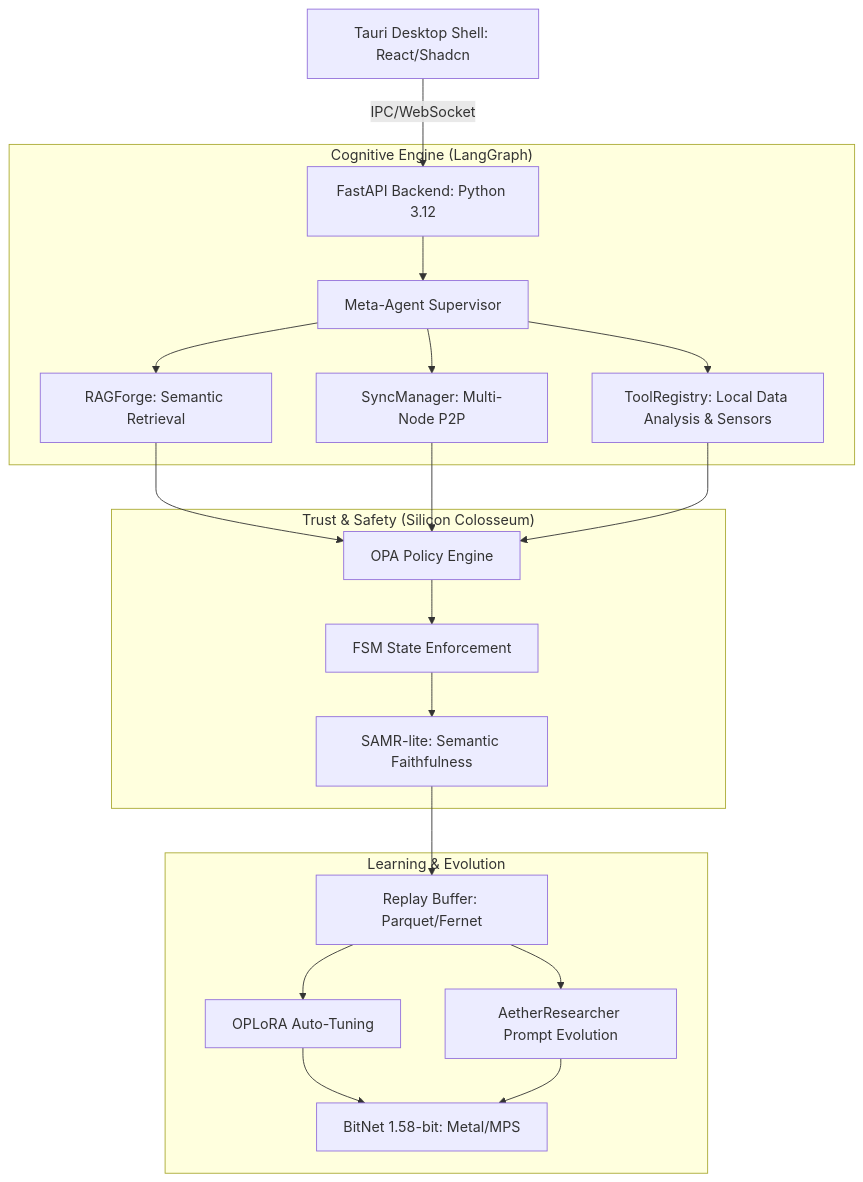
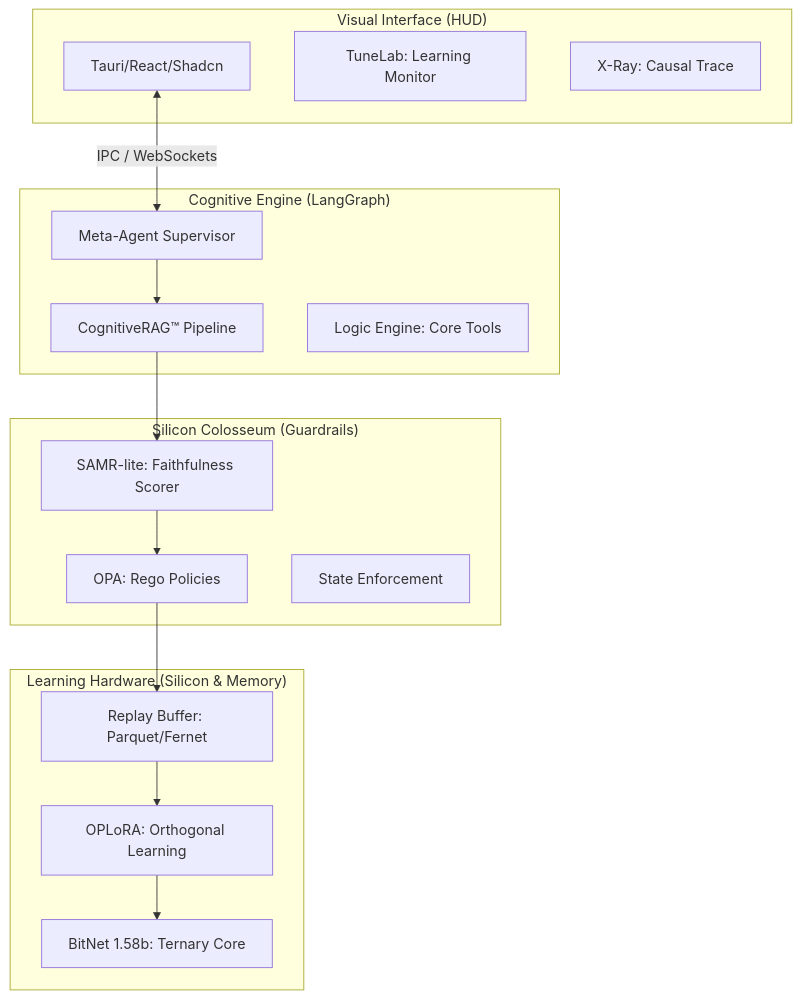
The diagram in README.md (NeoOne601/AtherForge), drawn with Mermaid before and after one commit. The commit also changed other lines of this file and 99 other files, not shown here.

````diff
--- a/README.md
+++ b/README.md
@@ -28,24 +27,39 @@
 ```mermaid
 graph TD
-    UI[Tauri Desktop Shell: React/Shadcn] -->|IPC/WebSocket| BE[FastAPI Backend: Python 3.12]
-    
+    %% Frontend Layer
+    subgraph "Visual Interface (HUD)"
+        UI[Tauri/React/Shadcn]
+        TuneLab[TuneLab: Learning Monitor]
+        TraceHUD[X-Ray: Causal Trace]
+    end
+
+    %% Orchestration Layer
     subgraph "Cognitive Engine (LangGraph)"
-        BE --> Supervisor[Meta-Agent Supervisor]
-        Supervisor --> RAG[RAGForge: Semantic Retrieval]
-        Supervisor --> Sync[SyncManager: Multi-Node P2P]
-        Supervisor --> Tools[ToolRegistry: Local Data Analysis & Sensors]
+        Supervisor[Meta-Agent Supervisor]
+        RagForge[CognitiveRAG™ Pipeline]
+        Logic[Logic Engine: Core Tools]
     end
-    
-    subgraph "Trust & Safety (Silicon Colosseum)"
-        RAG & Sync & Tools --> OPA[OPA Policy Engine]
-        OPA --> FSM[FSM State Enforcement]
-        FSM --> SAMR[SAMR-lite: Semantic Faithfulness]
+
+    %% Inference & Learning Layer
+    subgraph "Learning Hardware (Silicon & Memory)"
+        BitNet[BitNet 1.58b: Ternary Core]
+        OpLoRA[OPLoRA: Orthogonal Learning]
+        RB[Replay Buffer: Parquet/Fernet]
     end
-    
-    subgraph "Learning & Evolution"
-        SAMR --> RB[Replay Buffer: Parquet/Fernet]
-        RB --> Train[OPLoRA Auto-Tuning]
-        RB --> Evolve[AetherResearcher Prompt Evolution]
-        Train & Evolve --> Inference[BitNet 1.58-bit: Metal/MPS]
+
+    %% Trust & Governance Layer
+    subgraph "Silicon Colosseum (Guardrails)"
+        OPA[OPA: Rego Policies]
+        FSM[State Enforcement]
+        SAMR[SAMR-lite: Faithfulness Scorer]
     end
+
+    %% Communication
+    UI <-->|IPC / WebSockets| Supervisor
+    Supervisor --> RagForge
+    RagForge --> SAMR
+    SAMR --> OPA
+    OPA --> RB
+    RB --> OpLoRA
+    OpLoRA --> BitNet
 ```
````
